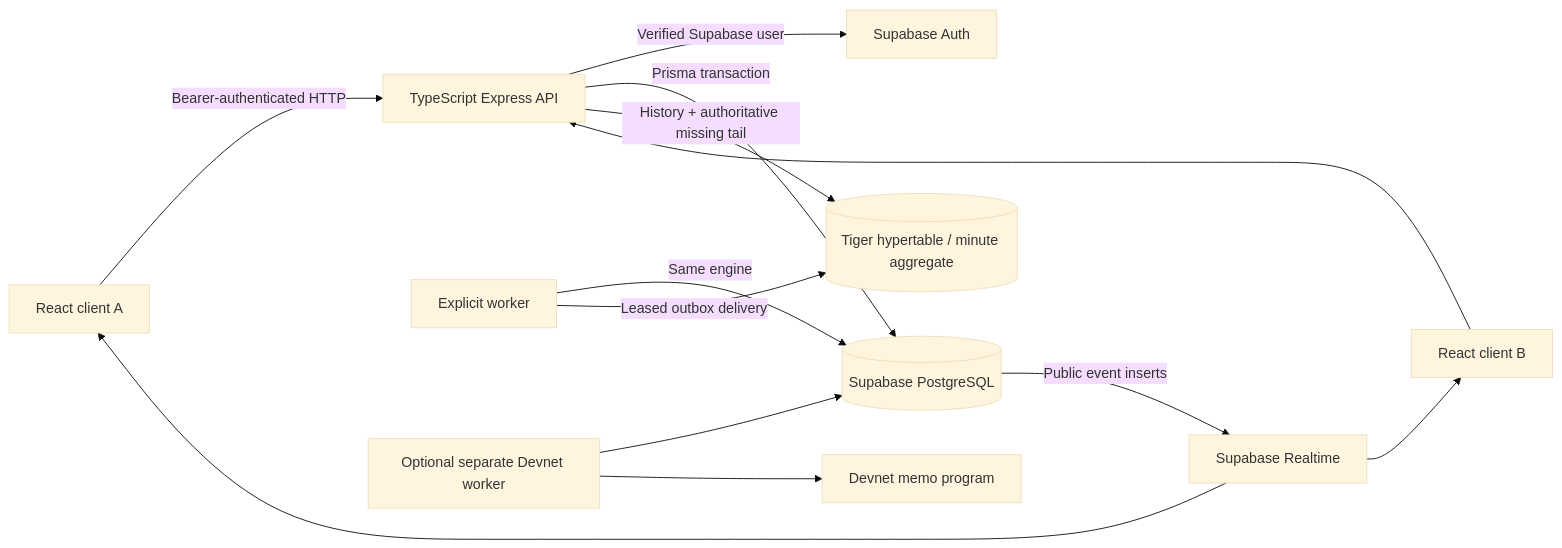
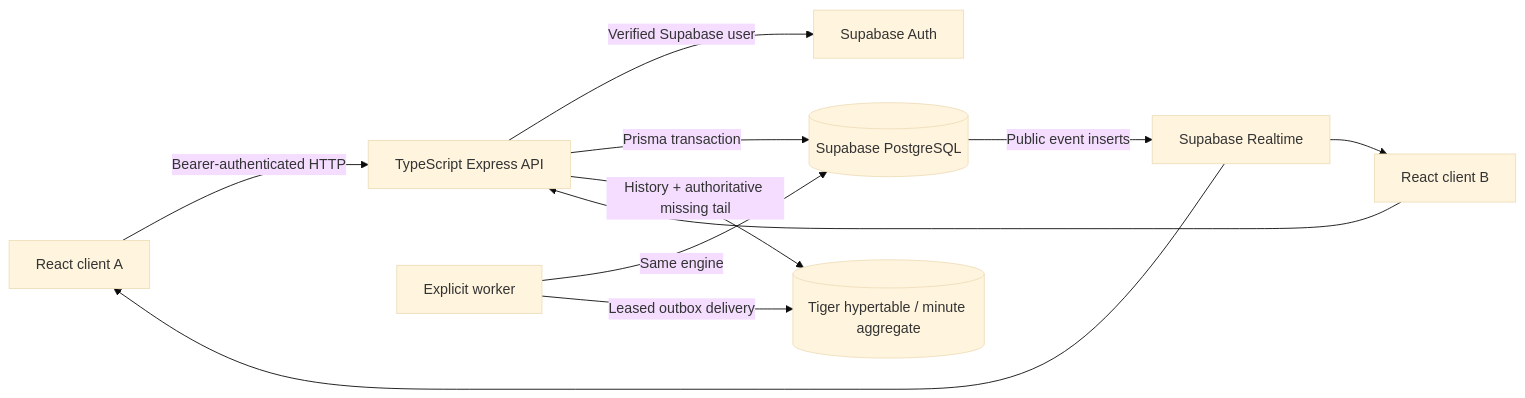
The diagram in vite-project/docs/ARCHITECTURE.md (Nirmit651/HackRU2026), drawn with Mermaid (base theme) before and after one commit. The commit also changed other lines of this file and 42 other files, not shown here.

````diff
--- a/vite-project/docs/ARCHITECTURE.md
+++ b/vite-project/docs/ARCHITECTURE.md
@@ -3,15 +3,13 @@
 ```mermaid
 flowchart LR
   A[React client A] -->|Bearer-authenticated HTTP| API[TypeScript Express API]
   B[React client B] --> API
   API -->|Verified Supabase user| Auth[Supabase Auth]
   API -->|Prisma transaction| PG[(Supabase PostgreSQL)]
   PG -->|Public event inserts| RT[Supabase Realtime]
   RT --> A
   RT --> B
   Worker[Explicit worker] -->|Same engine| PG
   Worker -->|Leased outbox delivery| Tiger[(Tiger hypertable / minute aggregate)]
   API -->|History + authoritative missing tail| Tiger
-  Chain[Optional separate Devnet worker] --> PG
-  Chain --> Memo[Devnet memo program]
 ```
````
